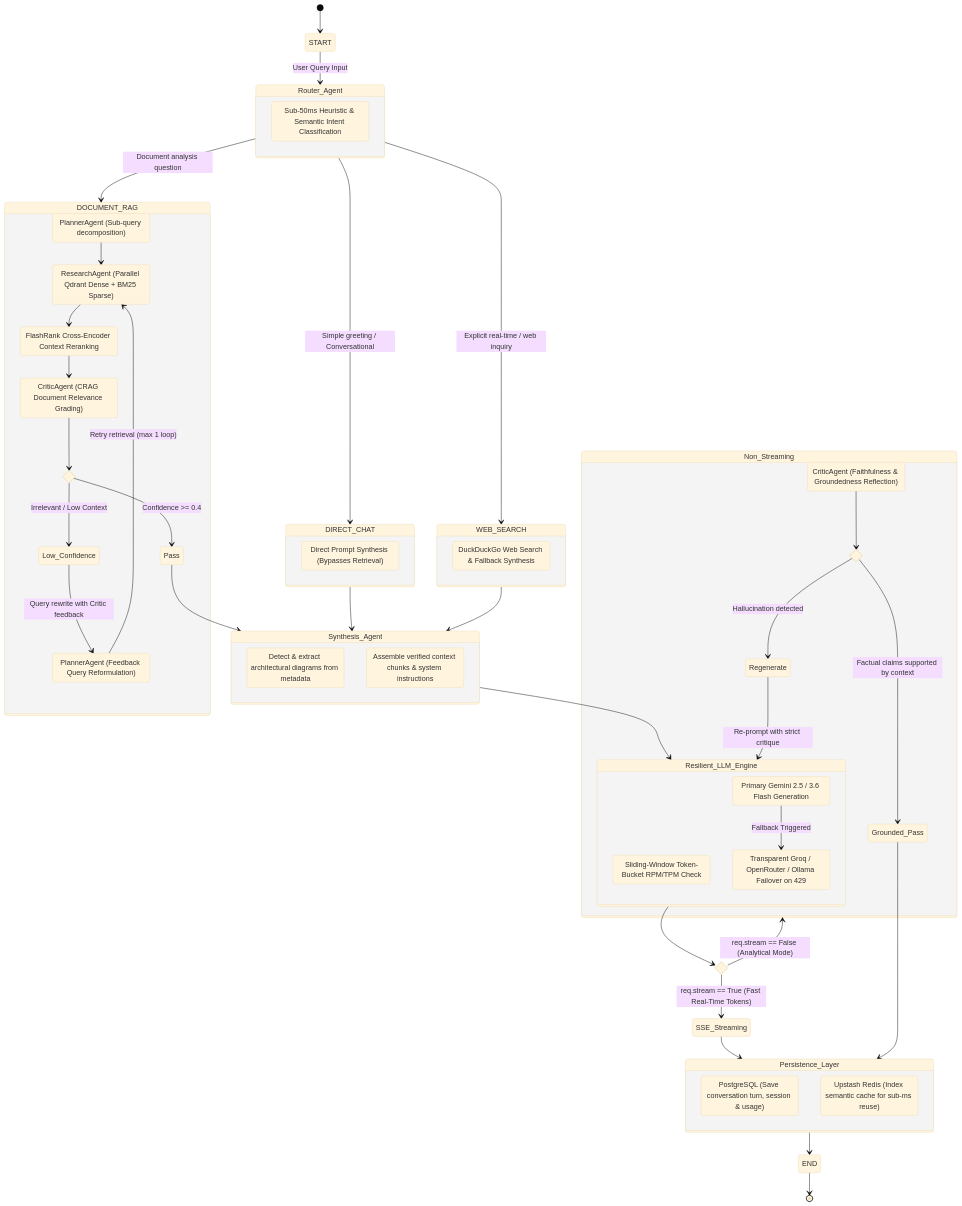
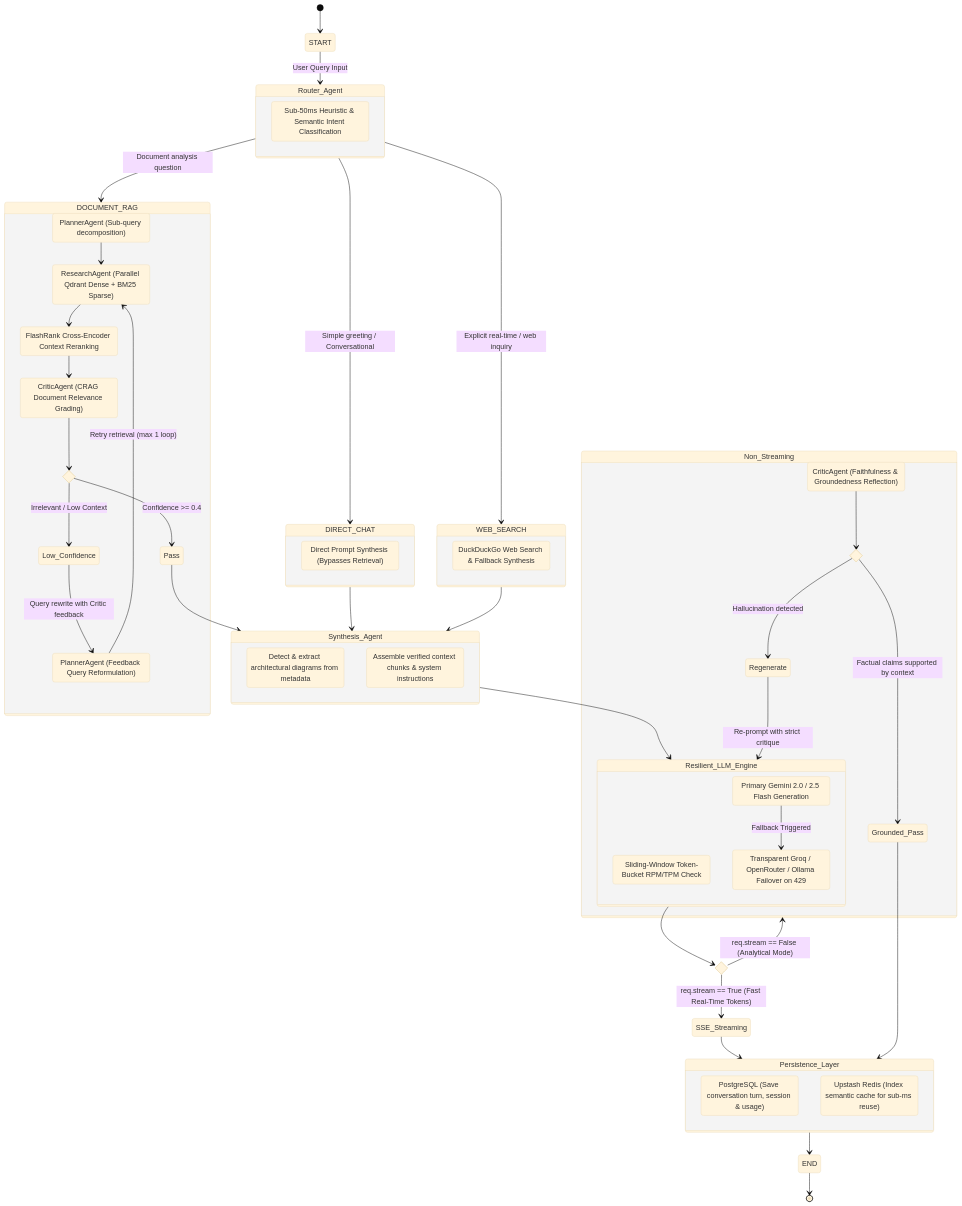
One commit to LaxmiNarayana31/webchat changed the third of 3 diagrams in ARCHITECTURE.md. Above: the diagram before and after it, drawn with Mermaid (base theme). The commit also changed other lines of this file and 2 other files, not shown here.

Commit message:
style: enhance README and architecture documentation; add logo SVG and improve formatting

```diff
--- a/ARCHITECTURE.md
+++ b/ARCHITECTURE.md
@@ -217,7 +227,7 @@
 
     state Resilient_LLM_Engine {
         rate_limiter: Sliding-Window Token-Bucket RPM/TPM Check
-        primary_model: Primary Gemini 2.5 / 3.6 Flash Generation
+        primary_model: Primary Gemini 2.0 / 2.5 Flash Generation
         fallback_cascade: Transparent Groq / OpenRouter / Ollama Failover on 429
         primary_model --> fallback_cascade: Fallback Triggered
     }
```
